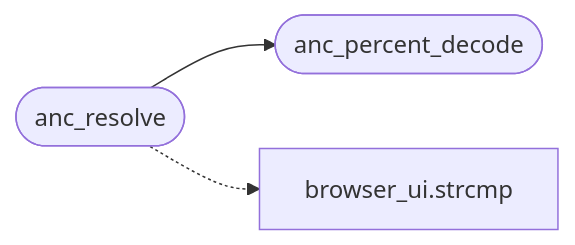
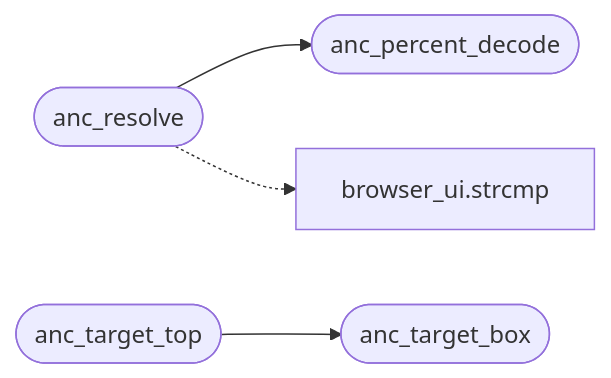
Before and after one commit to grisuno/FreeDom: the diagram in readmenator-apidocs/modules/src.anchor.c.md, drawn with Mermaid. The commit also changed other lines of this file and 244 other files, not shown here.

````diff
--- a/readmenator-apidocs/modules/src.anchor.c.md
+++ b/readmenator-apidocs/modules/src.anchor.c.md
@@ -15,8 +15,11 @@
 ```mermaid
 flowchart LR
     n_src_anchor_c__anc_resolve(["anc_resolve"])
     n_src_anchor_c__anc_percent_decode(["anc_percent_decode"])
+    n_src_anchor_c__anc_target_top(["anc_target_top"])
+    n_src_anchor_c__anc_target_box(["anc_target_box"])
     n_gui_browser_ui_c__strcmp["browser_ui.strcmp"]
     n_src_anchor_c__anc_resolve --> n_src_anchor_c__anc_percent_decode
+    n_src_anchor_c__anc_target_top --> n_src_anchor_c__anc_target_box
     n_src_anchor_c__anc_resolve -.-> n_gui_browser_ui_c__strcmp
 ```
````
